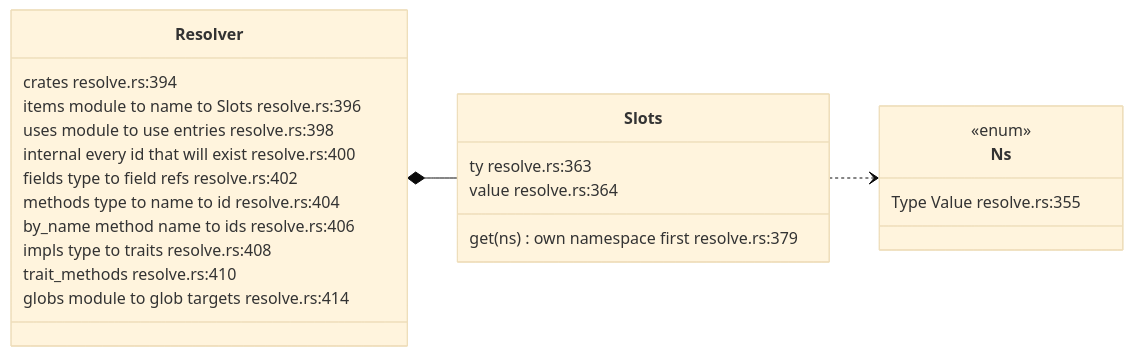
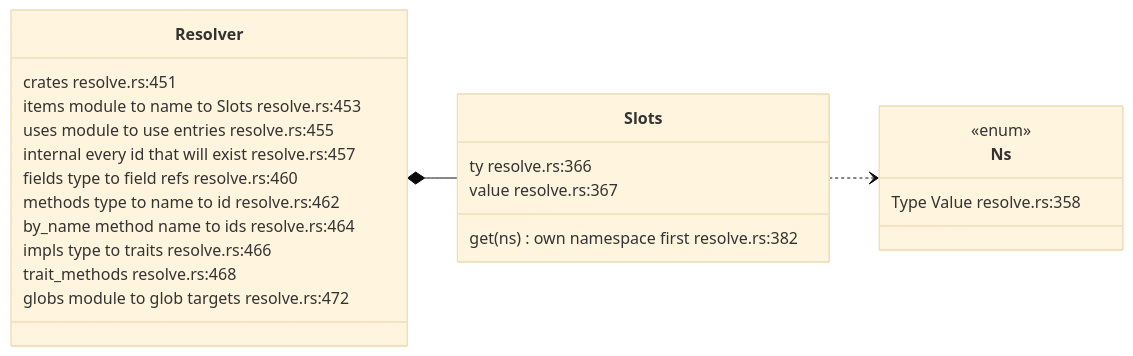
One commit to DreamLab-AI/codemaid changed the first of 6 diagrams in docs/diagrams/extract/05-workspace-name-resolution.md. Above: the diagram before and after it, drawn with Mermaid (base theme). The commit also changed other lines of this file and 8 other files, not shown here.

First line of the commit message:
docs(diagrams): restamp the extract topics to fec7aff; record the generics fix

````diff
--- a/docs/diagrams/extract/05-workspace-name-resolution.md
+++ b/docs/diagrams/extract/05-workspace-name-resolution.md
@@ -55,27 +55,27 @@
 ```mermaid
 classDiagram
     direction LR
     class Resolver {
-        crates  resolve.rs:394
-        items module to name to Slots  resolve.rs:396
-        uses module to use entries  resolve.rs:398
-        internal every id that will exist  resolve.rs:400
-        fields type to field refs  resolve.rs:402
-        methods type to name to id  resolve.rs:404
-        by_name method name to ids  resolve.rs:406
-        impls type to traits  resolve.rs:408
-        trait_methods  resolve.rs:410
-        globs module to glob targets  resolve.rs:414
+        crates  resolve.rs:451
+        items module to name to Slots  resolve.rs:453
+        uses module to use entries  resolve.rs:455
+        internal every id that will exist  resolve.rs:457
+        fields type to field refs  resolve.rs:460
+        methods type to name to id  resolve.rs:462
+        by_name method name to ids  resolve.rs:464
+        impls type to traits  resolve.rs:466
+        trait_methods  resolve.rs:468
+        globs module to glob targets  resolve.rs:472
     }
     class Slots {
-        ty  resolve.rs:363
-        value  resolve.rs:364
-        get(ns) own namespace first  resolve.rs:379
+        ty  resolve.rs:366
+        value  resolve.rs:367
+        get(ns) own namespace first  resolve.rs:382
     }
     class Ns {
         <<enum>>
-        Type Value  resolve.rs:355
+        Type Value  resolve.rs:358
     }
     Resolver *-- Slots
     Slots ..> Ns
 ```
````
